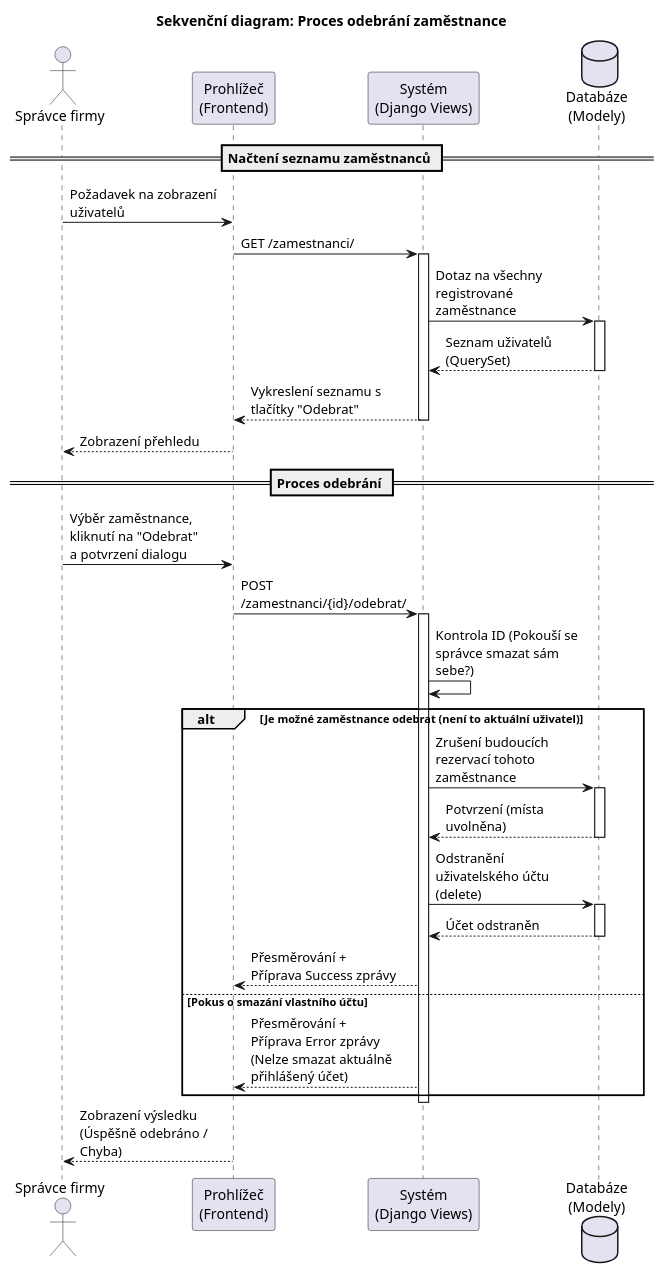
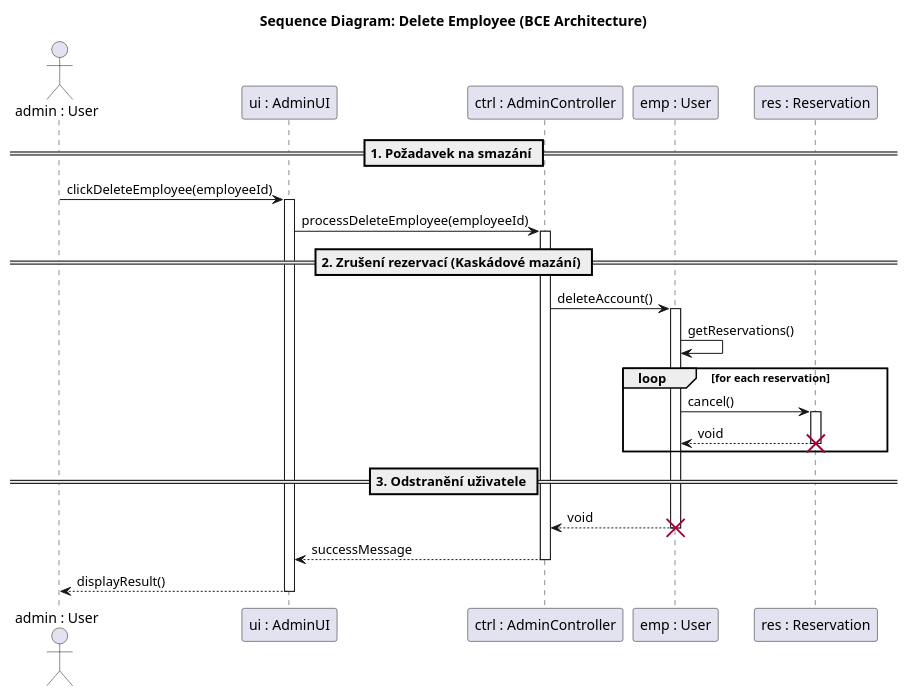
The diagram in docs/diagramy/sequence-remove-user.puml (AidenCze/SWI-Project), drawn with PlantUML before and after one commit. The commit also changed 7 other files, not shown here.

Commit message:
Refactor sequence diagrams and remove obsolete login diagram

```diff
--- a/docs/diagramy/sequence-remove-user.puml
+++ b/docs/diagramy/sequence-remove-user.puml
@@ -1,52 +1,45 @@
 @startuml
-title Sekvenční diagram: Proces odebrání zaměstnance
+title Sequence Diagram: Delete Employee (BCE Architecture)
 
-skinparam maxMessageSize 150
-skinparam BoxPadding 10
+actor "admin : User" as admin
+participant "ui : AdminUI" as ui
+participant "ctrl : AdminController" as ctrl
+participant "emp : User" as emp
+participant "res : Reservation" as res
 
-actor "Správce firmy" as admin
-participant "Prohlížeč\n(Frontend)" as ui
-participant "Systém\n(Django Views)" as view
-database "Databáze\n(Modely)" as db
 
-== Načtení seznamu zaměstnanců ==
-admin -> ui : Požadavek na zobrazení uživatelů
-ui -> view : GET /zamestnanci/
-activate view
+== 1. Požadavek na smazání ==
+admin -> ui : clickDeleteEmployee(employeeId)
+activate ui
 
-view -> db : Dotaz na všechny registrované zaměstnance
-activate db
-db --> view : Seznam uživatelů (QuerySet)
-deactivate db
+ui -> ctrl : processDeleteEmployee(employeeId)
+activate ctrl
 
-view --> ui : Vykreslení seznamu s tlačítky "Odebrat"
-deactivate view
-ui --> admin : Zobrazení přehledu
+== 2. Zrušení rezervací (Kaskádové mazání) ==
+ctrl -> emp : deleteAccount()
+activate emp
 
-== Proces odebrání ==
-admin -> ui : Výběr zaměstnance, kliknutí na "Odebrat"\na potvrzení dialogu
-ui -> view : POST /zamestnanci/{id}/odebrat/
-activate view
 
-view -> view : Kontrola ID (Pokouší se správce smazat sám sebe?)
+emp -> emp : getReservations()
 
-alt Je možné zaměstnance odebrat (není to aktuální uživatel)
-    view -> db : Zrušení budoucích rezervací tohoto zaměstnance
-    activate db
-    db --> view : Potvrzení (místa uvolněna)
-    deactivate db
+loop for each reservation
+    emp -> res : cancel()
+    activate res
     
-    view -> db : Odstranění uživatelského účtu (delete)
-    activate db
-    db --> view : Účet odstraněn
-    deactivate db
-    
-    view --> ui : Přesměrování + Příprava Success zprávy
-else Pokus o smazání vlastního účtu
-    view --> ui : Přesměrování + Příprava Error zprávy\n(Nelze smazat aktuálně přihlášený účet)
+
+    res --> emp : void
+    destroy res
+
 end
-deactivate view
 
-ui --> admin : Zobrazení výsledku (Úspěšně odebráno / Chyba)
+== 3. Odstranění uživatele ==
+emp --> ctrl : void
+destroy emp
 
+
+ctrl --> ui : successMessage
+deactivate ctrl
+
+ui --> admin : displayResult()
+deactivate ui
 @enduml
```
